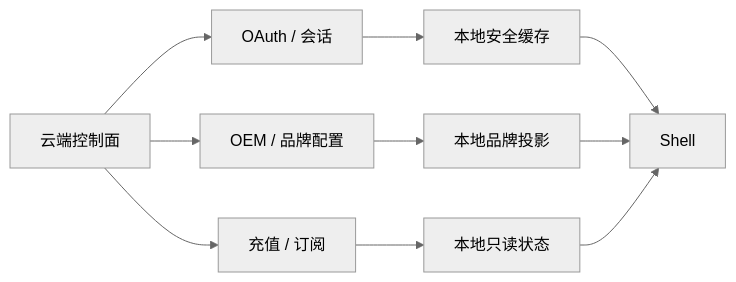
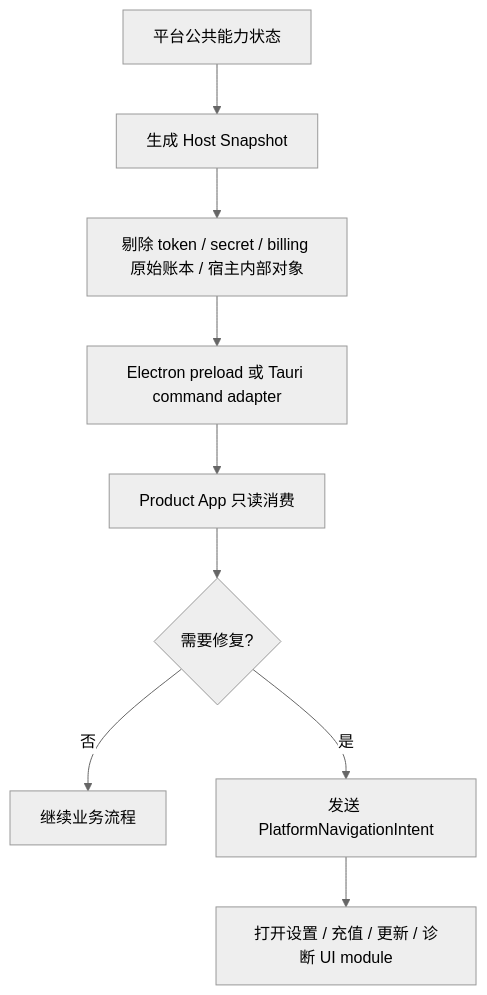
Before and after one commit to limecloud/lime-desktop-platform: the eighth of 20 diagrams in docs/v1/architecture-diagrams.md, drawn with Mermaid (neutral theme). The commit also changed other lines of this file and 85 other files, not shown here.

````diff
--- a/docs/v1/architecture-diagrams.md
+++ b/docs/v1/architecture-diagrams.md
@@ -130,14 +281,11 @@
 ```mermaid
-flowchart LR
-  Cloud[云端控制面] --> OAuth[OAuth / 会话]
-  Cloud --> OEMCfg[OEM / 品牌配置]
-  Cloud --> Billing[充值 / 订阅]
-
-  OAuth --> LocalAuth[本地安全缓存]
-  OEMCfg --> LocalBrand[本地品牌投影]
-  Billing --> LocalBilling[本地只读状态]
-
-  LocalAuth --> Shell
-  LocalBrand --> Shell
-  LocalBilling --> Shell
+flowchart TD
+  State[平台公共能力状态] --> Snapshot[生成 Host Snapshot]
+  Snapshot --> Filter[剔除 token / secret / billing 原始账本 / 宿主内部对象]
+  Filter --> Adapter[Electron preload 或 Tauri command adapter]
+  Adapter --> AppUI[Product App 只读消费]
+  AppUI --> NeedFix{需要修复?}
+  NeedFix -- 否 --> Run[继续业务流程]
+  NeedFix -- 是 --> Intent[发送 PlatformNavigationIntent]
+  Intent --> PlatformUI[打开设置 / 充值 / 更新 / 诊断 UI module]
 ```
````
